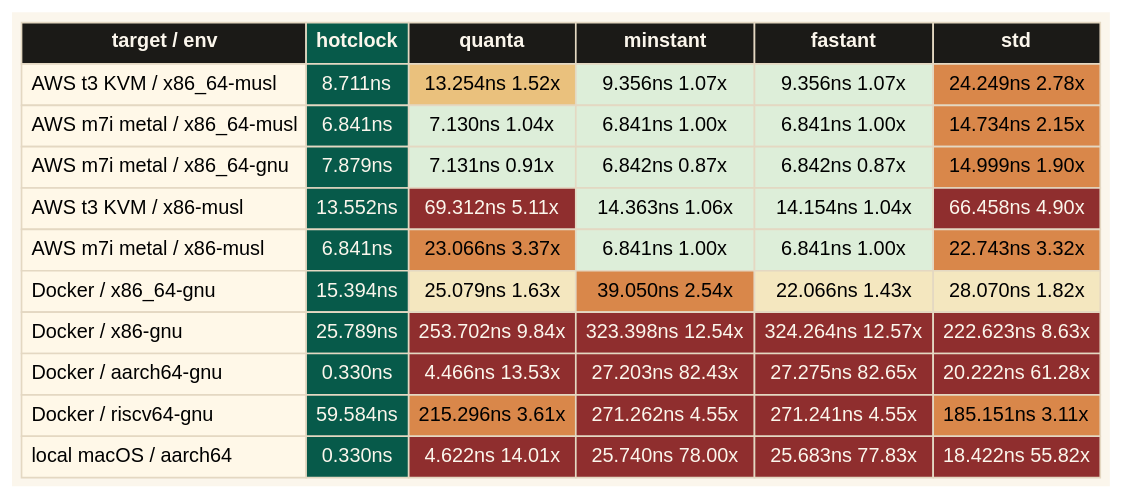
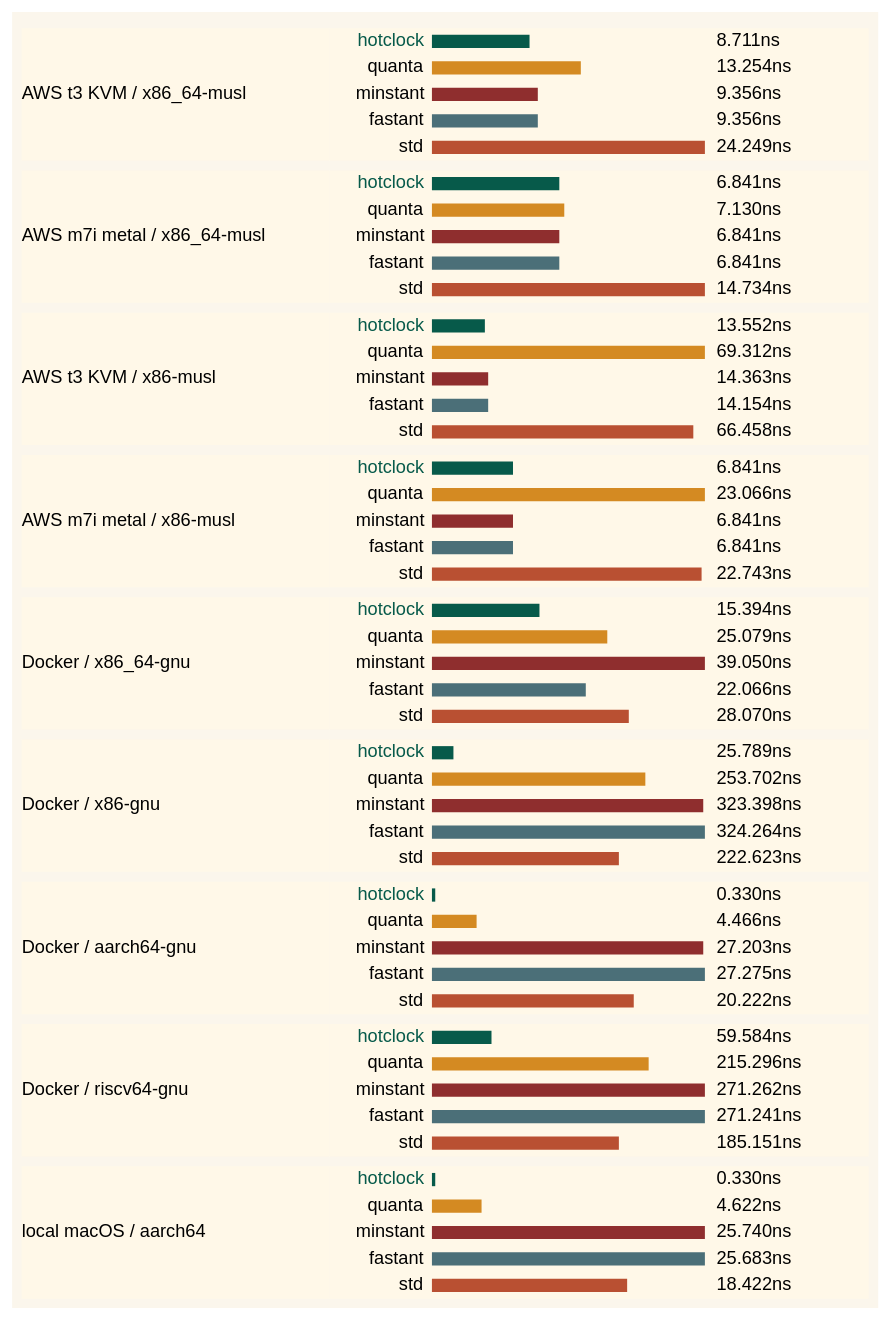
The diagram in benches/assets/benchmark.dot (spence/hotclock), drawn with Graphviz before and after one commit. The commit also changed 4 other files, not shown here.

Commit message:
docs(readme): make benchmark graphic a bar chart

```diff
--- a/benches/assets/benchmark.dot
+++ b/benches/assets/benchmark.dot
@@ -9,99 +9,148 @@
   node [
     shape=plain,
     fontname="Avenir Next, Helvetica, Arial, sans-serif",
-    fontsize=12
+    fontsize=11
   ];
 
   benchmark [
     label=<
-      <TABLE BORDER="0" CELLBORDER="1" CELLSPACING="0" CELLPADDING="5" COLOR="#E4D8C2">
+      <TABLE BORDER="0" CELLBORDER="0" CELLSPACING="0" CELLPADDING="0">
         <TR>
-          <TD BGCOLOR="#1B1A17"><FONT COLOR="#FBF6EC"><B>target / env</B></FONT></TD>
-          <TD BGCOLOR="#075A4A"><FONT COLOR="#FBF6EC"><B>hotclock</B></FONT></TD>
-          <TD BGCOLOR="#1B1A17"><FONT COLOR="#FBF6EC"><B>quanta</B></FONT></TD>
-          <TD BGCOLOR="#1B1A17"><FONT COLOR="#FBF6EC"><B>minstant</B></FONT></TD>
-          <TD BGCOLOR="#1B1A17"><FONT COLOR="#FBF6EC"><B>fastant</B></FONT></TD>
-          <TD BGCOLOR="#1B1A17"><FONT COLOR="#FBF6EC"><B>std</B></FONT></TD>
+          <TD ALIGN="LEFT" WIDTH="186"></TD>
+          <TD ALIGN="LEFT" WIDTH="326">
+            <TABLE BORDER="0" CELLBORDER="0" CELLSPACING="0" CELLPADDING="2">
+              <TR>
+                <TD WIDTH="56"></TD>
+                <TD WIDTH="170"></TD>
+                <TD WIDTH="92"></TD>
+              </TR>
+            </TABLE>
+          </TD>
         </TR>
+
         <TR>
-          <TD ALIGN="LEFT" BGCOLOR="#FFF8E8">AWS t3 KVM / x86_64-musl</TD>
-          <TD BGCOLOR="#075A4A"><FONT COLOR="#FBF6EC">8.711ns</FONT></TD>
-          <TD BGCOLOR="#EAC17D">13.254ns 1.52x</TD>
-          <TD BGCOLOR="#DDEED9">9.356ns 1.07x</TD>
-          <TD BGCOLOR="#DDEED9">9.356ns 1.07x</TD>
-          <TD BGCOLOR="#D9874A">24.249ns 2.78x</TD>
+          <TD ALIGN="LEFT" BGCOLOR="#FFF8E8" WIDTH="186">AWS t3 KVM / x86_64-musl</TD>
+          <TD ALIGN="LEFT" BGCOLOR="#FFF8E8" WIDTH="326">
+            <TABLE BORDER="0" CELLBORDER="0" CELLSPACING="0" CELLPADDING="2">
+              <TR><TD ALIGN="RIGHT" WIDTH="56"><FONT COLOR="#075A4A">hotclock</FONT></TD><TD ALIGN="LEFT" WIDTH="170"><TABLE BORDER="0" CELLBORDER="0" CELLSPACING="0"><TR><TD BGCOLOR="#075A4A" WIDTH="59" HEIGHT="8" FIXEDSIZE="TRUE"></TD><TD WIDTH="106" HEIGHT="8" FIXEDSIZE="TRUE"></TD></TR></TABLE></TD><TD ALIGN="LEFT" WIDTH="92">8.711ns</TD></TR>
+              <TR><TD ALIGN="RIGHT">quanta</TD><TD ALIGN="LEFT"><TABLE BORDER="0" CELLBORDER="0" CELLSPACING="0"><TR><TD BGCOLOR="#D48A22" WIDTH="90" HEIGHT="8" FIXEDSIZE="TRUE"></TD><TD WIDTH="75" HEIGHT="8" FIXEDSIZE="TRUE"></TD></TR></TABLE></TD><TD ALIGN="LEFT">13.254ns</TD></TR>
+              <TR><TD ALIGN="RIGHT">minstant</TD><TD ALIGN="LEFT"><TABLE BORDER="0" CELLBORDER="0" CELLSPACING="0"><TR><TD BGCOLOR="#8F2E2E" WIDTH="64" HEIGHT="8" FIXEDSIZE="TRUE"></TD><TD WIDTH="101" HEIGHT="8" FIXEDSIZE="TRUE"></TD></TR></TABLE></TD><TD ALIGN="LEFT">9.356ns</TD></TR>
+              <TR><TD ALIGN="RIGHT">fastant</TD><TD ALIGN="LEFT"><TABLE BORDER="0" CELLBORDER="0" CELLSPACING="0"><TR><TD BGCOLOR="#4B6F78" WIDTH="64" HEIGHT="8" FIXEDSIZE="TRUE"></TD><TD WIDTH="101" HEIGHT="8" FIXEDSIZE="TRUE"></TD></TR></TABLE></TD><TD ALIGN="LEFT">9.356ns</TD></TR>
+              <TR><TD ALIGN="RIGHT">std</TD><TD ALIGN="LEFT"><TABLE BORDER="0" CELLBORDER="0" CELLSPACING="0"><TR><TD BGCOLOR="#B95032" WIDTH="165" HEIGHT="8" FIXEDSIZE="TRUE"></TD><TD WIDTH="1" HEIGHT="8" FIXEDSIZE="TRUE"></TD></TR></TABLE></TD><TD ALIGN="LEFT">24.249ns</TD></TR>
+            </TABLE>
+          </TD>
         </TR>
+        <TR><TD HEIGHT="6"></TD><TD></TD></TR>
+
         <TR>
           <TD ALIGN="LEFT" BGCOLOR="#FFF8E8">AWS m7i metal / x86_64-musl</TD>
-          <TD BGCOLOR="#075A4A"><FONT COLOR="#FBF6EC">6.841ns</FONT></TD>
-          <TD BGCOLOR="#DDEED9">7.130ns 1.04x</TD>
-          <TD BGCOLOR="#DDEED9">6.841ns 1.00x</TD>
-          <TD BGCOLOR="#DDEED9">6.841ns 1.00x</TD>
-          <TD BGCOLOR="#D9874A">14.734ns 2.15x</TD>
+          <TD ALIGN="LEFT" BGCOLOR="#FFF8E8">
+            <TABLE BORDER="0" CELLBORDER="0" CELLSPACING="0" CELLPADDING="2">
+              <TR><TD ALIGN="RIGHT" WIDTH="56"><FONT COLOR="#075A4A">hotclock</FONT></TD><TD ALIGN="LEFT" WIDTH="170"><TABLE BORDER="0" CELLBORDER="0" CELLSPACING="0"><TR><TD BGCOLOR="#075A4A" WIDTH="77" HEIGHT="8" FIXEDSIZE="TRUE"></TD><TD WIDTH="88" HEIGHT="8" FIXEDSIZE="TRUE"></TD></TR></TABLE></TD><TD ALIGN="LEFT" WIDTH="92">6.841ns</TD></TR>
+              <TR><TD ALIGN="RIGHT">quanta</TD><TD ALIGN="LEFT"><TABLE BORDER="0" CELLBORDER="0" CELLSPACING="0"><TR><TD BGCOLOR="#D48A22" WIDTH="80" HEIGHT="8" FIXEDSIZE="TRUE"></TD><TD WIDTH="85" HEIGHT="8" FIXEDSIZE="TRUE"></TD></TR></TABLE></TD><TD ALIGN="LEFT">7.130ns</TD></TR>
+              <TR><TD ALIGN="RIGHT">minstant</TD><TD ALIGN="LEFT"><TABLE BORDER="0" CELLBORDER="0" CELLSPACING="0"><TR><TD BGCOLOR="#8F2E2E" WIDTH="77" HEIGHT="8" FIXEDSIZE="TRUE"></TD><TD WIDTH="88" HEIGHT="8" FIXEDSIZE="TRUE"></TD></TR></TABLE></TD><TD ALIGN="LEFT">6.841ns</TD></TR>
+              <TR><TD ALIGN="RIGHT">fastant</TD><TD ALIGN="LEFT"><TABLE BORDER="0" CELLBORDER="0" CELLSPACING="0"><TR><TD BGCOLOR="#4B6F78" WIDTH="77" HEIGHT="8" FIXEDSIZE="TRUE"></TD><TD WIDTH="88" HEIGHT="8" FIXEDSIZE="TRUE"></TD></TR></TABLE></TD><TD ALIGN="LEFT">6.841ns</TD></TR>
+              <TR><TD ALIGN="RIGHT">std</TD><TD ALIGN="LEFT"><TABLE BORDER="0" CELLBORDER="0" CELLSPACING="0"><TR><TD BGCOLOR="#B95032" WIDTH="165" HEIGHT="8" FIXEDSIZE="TRUE"></TD><TD WIDTH="1" HEIGHT="8" FIXEDSIZE="TRUE"></TD></TR></TABLE></TD><TD ALIGN="LEFT">14.734ns</TD></TR>
+            </TABLE>
+          </TD>
         </TR>
-        <TR>
-          <TD ALIGN="LEFT" BGCOLOR="#FFF8E8">AWS m7i metal / x86_64-gnu</TD>
-          <TD BGCOLOR="#075A4A"><FONT COLOR="#FBF6EC">7.879ns</FONT></TD>
-          <TD BGCOLOR="#DDEED9">7.131ns 0.91x</TD>
-          <TD BGCOLOR="#DDEED9">6.842ns 0.87x</TD>
-          <TD BGCOLOR="#DDEED9">6.842ns 0.87x</TD>
-          <TD BGCOLOR="#D9874A">14.999ns 1.90x</TD>
-        </TR>
+        <TR><TD HEIGHT="6"></TD><TD></TD></TR>
+
         <TR>
           <TD ALIGN="LEFT" BGCOLOR="#FFF8E8">AWS t3 KVM / x86-musl</TD>
-          <TD BGCOLOR="#075A4A"><FONT COLOR="#FBF6EC">13.552ns</FONT></TD>
-          <TD BGCOLOR="#8F2E2E"><FONT COLOR="#FBF6EC">69.312ns 5.11x</FONT></TD>
-          <TD BGCOLOR="#DDEED9">14.363ns 1.06x</TD>
-          <TD BGCOLOR="#DDEED9">14.154ns 1.04x</TD>
-          <TD BGCOLOR="#8F2E2E"><FONT COLOR="#FBF6EC">66.458ns 4.90x</FONT></TD>
+          <TD ALIGN="LEFT" BGCOLOR="#FFF8E8">
+            <TABLE BORDER="0" CELLBORDER="0" CELLSPACING="0" CELLPADDING="2">
+              <TR><TD ALIGN="RIGHT" WIDTH="56"><FONT COLOR="#075A4A">hotclock</FONT></TD><TD ALIGN="LEFT" WIDTH="170"><TABLE BORDER="0" CELLBORDER="0" CELLSPACING="0"><TR><TD BGCOLOR="#075A4A" WIDTH="32" HEIGHT="8" FIXEDSIZE="TRUE"></TD><TD WIDTH="133" HEIGHT="8" FIXEDSIZE="TRUE"></TD></TR></TABLE></TD><TD ALIGN="LEFT" WIDTH="92">13.552ns</TD></TR>
+              <TR><TD ALIGN="RIGHT">quanta</TD><TD ALIGN="LEFT"><TABLE BORDER="0" CELLBORDER="0" CELLSPACING="0"><TR><TD BGCOLOR="#D48A22" WIDTH="165" HEIGHT="8" FIXEDSIZE="TRUE"></TD><TD WIDTH="1" HEIGHT="8" FIXEDSIZE="TRUE"></TD></TR></TABLE></TD><TD ALIGN="LEFT">69.312ns</TD></TR>
+              <TR><TD ALIGN="RIGHT">minstant</TD><TD ALIGN="LEFT"><TABLE BORDER="0" CELLBORDER="0" CELLSPACING="0"><TR><TD BGCOLOR="#8F2E2E" WIDTH="34" HEIGHT="8" FIXEDSIZE="TRUE"></TD><TD WIDTH="131" HEIGHT="8" FIXEDSIZE="TRUE"></TD></TR></TABLE></TD><TD ALIGN="LEFT">14.363ns</TD></TR>
+              <TR><TD ALIGN="RIGHT">fastant</TD><TD ALIGN="LEFT"><TABLE BORDER="0" CELLBORDER="0" CELLSPACING="0"><TR><TD BGCOLOR="#4B6F78" WIDTH="34" HEIGHT="8" FIXEDSIZE="TRUE"></TD><TD WIDTH="131" HEIGHT="8" FIXEDSIZE="TRUE"></TD></TR></TABLE></TD><TD ALIGN="LEFT">14.154ns</TD></TR>
+              <TR><TD ALIGN="RIGHT">std</TD><TD ALIGN="LEFT"><TABLE BORDER="0" CELLBORDER="0" CELLSPACING="0"><TR><TD BGCOLOR="#B95032" WIDTH="158" HEIGHT="8" FIXEDSIZE="TRUE"></TD><TD WIDTH="7" HEIGHT="8" FIXEDSIZE="TRUE"></TD></TR></TABLE></TD><TD ALIGN="LEFT">66.458ns</TD></TR>
+            </TABLE>
+          </TD>
         </TR>
+        <TR><TD HEIGHT="6"></TD><TD></TD></TR>
+
         <TR>
           <TD ALIGN="LEFT" BGCOLOR="#FFF8E8">AWS m7i metal / x86-musl</TD>
-          <TD BGCOLOR="#075A4A"><FONT COLOR="#FBF6EC">6.841ns</FONT></TD>
-          <TD BGCOLOR="#D9874A">23.066ns 3.37x</TD>
-          <TD BGCOLOR="#DDEED9">6.841ns 1.00x</TD>
-          <TD BGCOLOR="#DDEED9">6.841ns 1.00x</TD>
-          <TD BGCOLOR="#D9874A">22.743ns 3.32x</TD>
+          <TD ALIGN="LEFT" BGCOLOR="#FFF8E8">
+            <TABLE BORDER="0" CELLBORDER="0" CELLSPACING="0" CELLPADDING="2">
+              <TR><TD ALIGN="RIGHT" WIDTH="56"><FONT COLOR="#075A4A">hotclock</FONT></TD><TD ALIGN="LEFT" WIDTH="170"><TABLE BORDER="0" CELLBORDER="0" CELLSPACING="0"><TR><TD BGCOLOR="#075A4A" WIDTH="49" HEIGHT="8" FIXEDSIZE="TRUE"></TD><TD WIDTH="116" HEIGHT="8" FIXEDSIZE="TRUE"></TD></TR></TABLE></TD><TD ALIGN="LEFT" WIDTH="92">6.841ns</TD></TR>
+              <TR><TD ALIGN="RIGHT">quanta</TD><TD ALIGN="LEFT"><TABLE BORDER="0" CELLBORDER="0" CELLSPACING="0"><TR><TD BGCOLOR="#D48A22" WIDTH="165" HEIGHT="8" FIXEDSIZE="TRUE"></TD><TD WIDTH="1" HEIGHT="8" FIXEDSIZE="TRUE"></TD></TR></TABLE></TD><TD ALIGN="LEFT">23.066ns</TD></TR>
+              <TR><TD ALIGN="RIGHT">minstant</TD><TD ALIGN="LEFT"><TABLE BORDER="0" CELLBORDER="0" CELLSPACING="0"><TR><TD BGCOLOR="#8F2E2E" WIDTH="49" HEIGHT="8" FIXEDSIZE="TRUE"></TD><TD WIDTH="116" HEIGHT="8" FIXEDSIZE="TRUE"></TD></TR></TABLE></TD><TD ALIGN="LEFT">6.841ns</TD></TR>
+              <TR><TD ALIGN="RIGHT">fastant</TD><TD ALIGN="LEFT"><TABLE BORDER="0" CELLBORDER="0" CELLSPACING="0"><TR><TD BGCOLOR="#4B6F78" WIDTH="49" HEIGHT="8" FIXEDSIZE="TRUE"></TD><TD WIDTH="116" HEIGHT="8" FIXEDSIZE="TRUE"></TD></TR></TABLE></TD><TD ALIGN="LEFT">6.841ns</TD></TR>
+              <TR><TD ALIGN="RIGHT">std</TD><TD ALIGN="LEFT"><TABLE BORDER="0" CELLBORDER="0" CELLSPACING="0"><TR><TD BGCOLOR="#B95032" WIDTH="163" HEIGHT="8" FIXEDSIZE="TRUE"></TD><TD WIDTH="2" HEIGHT="8" FIXEDSIZE="TRUE"></TD></TR></TABLE></TD><TD ALIGN="LEFT">22.743ns</TD></TR>
+            </TABLE>
+          </TD>
         </TR>
+        <TR><TD HEIGHT="6"></TD><TD></TD></TR>
+
         <TR>
           <TD ALIGN="LEFT" BGCOLOR="#FFF8E8">Docker / x86_64-gnu</TD>
-          <TD BGCOLOR="#075A4A"><FONT COLOR="#FBF6EC">15.394ns</FONT></TD>
-          <TD BGCOLOR="#F4E7BF">25.079ns 1.63x</TD>
-          <TD BGCOLOR="#D9874A">39.050ns 2.54x</TD>
-          <TD BGCOLOR="#F4E7BF">22.066ns 1.43x</TD>
-          <TD BGCOLOR="#F4E7BF">28.070ns 1.82x</TD>
+          <TD ALIGN="LEFT" BGCOLOR="#FFF8E8">
+            <TABLE BORDER="0" CELLBORDER="0" CELLSPACING="0" CELLPADDING="2">
+              <TR><TD ALIGN="RIGHT" WIDTH="56"><FONT COLOR="#075A4A">hotclock</FONT></TD><TD ALIGN="LEFT" WIDTH="170"><TABLE BORDER="0" CELLBORDER="0" CELLSPACING="0"><TR><TD BGCOLOR="#075A4A" WIDTH="65" HEIGHT="8" FIXEDSIZE="TRUE"></TD><TD WIDTH="100" HEIGHT="8" FIXEDSIZE="TRUE"></TD></TR></TABLE></TD><TD ALIGN="LEFT" WIDTH="92">15.394ns</TD></TR>
+              <TR><TD ALIGN="RIGHT">quanta</TD><TD ALIGN="LEFT"><TABLE BORDER="0" CELLBORDER="0" CELLSPACING="0"><TR><TD BGCOLOR="#D48A22" WIDTH="106" HEIGHT="8" FIXEDSIZE="TRUE"></TD><TD WIDTH="59" HEIGHT="8" FIXEDSIZE="TRUE"></TD></TR></TABLE></TD><TD ALIGN="LEFT">25.079ns</TD></TR>
+              <TR><TD ALIGN="RIGHT">minstant</TD><TD ALIGN="LEFT"><TABLE BORDER="0" CELLBORDER="0" CELLSPACING="0"><TR><TD BGCOLOR="#8F2E2E" WIDTH="165" HEIGHT="8" FIXEDSIZE="TRUE"></TD><TD WIDTH="1" HEIGHT="8" FIXEDSIZE="TRUE"></TD></TR></TABLE></TD><TD ALIGN="LEFT">39.050ns</TD></TR>
+              <TR><TD ALIGN="RIGHT">fastant</TD><TD ALIGN="LEFT"><TABLE BORDER="0" CELLBORDER="0" CELLSPACING="0"><TR><TD BGCOLOR="#4B6F78" WIDTH="93" HEIGHT="8" FIXEDSIZE="TRUE"></TD><TD WIDTH="72" HEIGHT="8" FIXEDSIZE="TRUE"></TD></TR></TABLE></TD><TD ALIGN="LEFT">22.066ns</TD></TR>
+              <TR><TD ALIGN="RIGHT">std</TD><TD ALIGN="LEFT"><TABLE BORDER="0" CELLBORDER="0" CELLSPACING="0"><TR><TD BGCOLOR="#B95032" WIDTH="119" HEIGHT="8" FIXEDSIZE="TRUE"></TD><TD WIDTH="46" HEIGHT="8" FIXEDSIZE="TRUE"></TD></TR></TABLE></TD><TD ALIGN="LEFT">28.070ns</TD></TR>
+            </TABLE>
+          </TD>
         </TR>
+        <TR><TD HEIGHT="6"></TD><TD></TD></TR>
+
         <TR>
           <TD ALIGN="LEFT" BGCOLOR="#FFF8E8">Docker / x86-gnu</TD>
-          <TD BGCOLOR="#075A4A"><FONT COLOR="#FBF6EC">25.789ns</FONT></TD>
-          <TD BGCOLOR="#8F2E2E"><FONT COLOR="#FBF6EC">253.702ns 9.84x</FONT></TD>
-          <TD BGCOLOR="#8F2E2E"><FONT COLOR="#FBF6EC">323.398ns 12.54x</FONT></TD>
-          <TD BGCOLOR="#8F2E2E"><FONT COLOR="#FBF6EC">324.264ns 12.57x</FONT></TD>
-          <TD BGCOLOR="#8F2E2E"><FONT COLOR="#FBF6EC">222.623ns 8.63x</FONT></TD>
+          <TD ALIGN="LEFT" BGCOLOR="#FFF8E8">
+            <TABLE BORDER="0" CELLBORDER="0" CELLSPACING="0" CELLPADDING="2">
+              <TR><TD ALIGN="RIGHT" WIDTH="56"><FONT COLOR="#075A4A">hotclock</FONT></TD><TD ALIGN="LEFT" WIDTH="170"><TABLE BORDER="0" CELLBORDER="0" CELLSPACING="0"><TR><TD BGCOLOR="#075A4A" WIDTH="13" HEIGHT="8" FIXEDSIZE="TRUE"></TD><TD WIDTH="152" HEIGHT="8" FIXEDSIZE="TRUE"></TD></TR></TABLE></TD><TD ALIGN="LEFT" WIDTH="92">25.789ns</TD></TR>
+              <TR><TD ALIGN="RIGHT">quanta</TD><TD ALIGN="LEFT"><TABLE BORDER="0" CELLBORDER="0" CELLSPACING="0"><TR><TD BGCOLOR="#D48A22" WIDTH="129" HEIGHT="8" FIXEDSIZE="TRUE"></TD><TD WIDTH="36" HEIGHT="8" FIXEDSIZE="TRUE"></TD></TR></TABLE></TD><TD ALIGN="LEFT">253.702ns</TD></TR>
+              <TR><TD ALIGN="RIGHT">minstant</TD><TD ALIGN="LEFT"><TABLE BORDER="0" CELLBORDER="0" CELLSPACING="0"><TR><TD BGCOLOR="#8F2E2E" WIDTH="164" HEIGHT="8" FIXEDSIZE="TRUE"></TD><TD WIDTH="1" HEIGHT="8" FIXEDSIZE="TRUE"></TD></TR></TABLE></TD><TD ALIGN="LEFT">323.398ns</TD></TR>
+              <TR><TD ALIGN="RIGHT">fastant</TD><TD ALIGN="LEFT"><TABLE BORDER="0" CELLBORDER="0" CELLSPACING="0"><TR><TD BGCOLOR="#4B6F78" WIDTH="165" HEIGHT="8" FIXEDSIZE="TRUE"></TD><TD WIDTH="1" HEIGHT="8" FIXEDSIZE="TRUE"></TD></TR></TABLE></TD><TD ALIGN="LEFT">324.264ns</TD></TR>
+              <TR><TD ALIGN="RIGHT">std</TD><TD ALIGN="LEFT"><TABLE BORDER="0" CELLBORDER="0" CELLSPACING="0"><TR><TD BGCOLOR="#B95032" WIDTH="113" HEIGHT="8" FIXEDSIZE="TRUE"></TD><TD WIDTH="52" HEIGHT="8" FIXEDSIZE="TRUE"></TD></TR></TABLE></TD><TD ALIGN="LEFT">222.623ns</TD></TR>
+            </TABLE>
+          </TD>
         </TR>
+        <TR><TD HEIGHT="6"></TD><TD></TD></TR>
+
         <TR>
           <TD ALIGN="LEFT" BGCOLOR="#FFF8E8">Docker / aarch64-gnu</TD>
-          <TD BGCOLOR="#075A4A"><FONT COLOR="#FBF6EC">0.330ns</FONT></TD>
-          <TD BGCOLOR="#8F2E2E"><FONT COLOR="#FBF6EC">4.466ns 13.53x</FONT></TD>
-          <TD BGCOLOR="#8F2E2E"><FONT COLOR="#FBF6EC">27.203ns 82.43x</FONT></TD>
-          <TD BGCOLOR="#8F2E2E"><FONT COLOR="#FBF6EC">27.275ns 82.65x</FONT></TD>
-          <TD BGCOLOR="#8F2E2E"><FONT COLOR="#FBF6EC">20.222ns 61.28x</FONT></TD>
+          <TD ALIGN="LEFT" BGCOLOR="#FFF8E8">
+            <TABLE BORDER="0" CELLBORDER="0" CELLSPACING="0" CELLPADDING="2">
+              <TR><TD ALIGN="RIGHT" WIDTH="56"><FONT COLOR="#075A4A">hotclock</FONT></TD><TD ALIGN="LEFT" WIDTH="170"><TABLE BORDER="0" CELLBORDER="0" CELLSPACING="0"><TR><TD BGCOLOR="#075A4A" WIDTH="2" HEIGHT="8" FIXEDSIZE="TRUE"></TD><TD WIDTH="163" HEIGHT="8" FIXEDSIZE="TRUE"></TD></TR></TABLE></TD><TD ALIGN="LEFT" WIDTH="92">0.330ns</TD></TR>
+              <TR><TD ALIGN="RIGHT">quanta</TD><TD ALIGN="LEFT"><TABLE BORDER="0" CELLBORDER="0" CELLSPACING="0"><TR><TD BGCOLOR="#D48A22" WIDTH="27" HEIGHT="8" FIXEDSIZE="TRUE"></TD><TD WIDTH="138" HEIGHT="8" FIXEDSIZE="TRUE"></TD></TR></TABLE></TD><TD ALIGN="LEFT">4.466ns</TD></TR>
+              <TR><TD ALIGN="RIGHT">minstant</TD><TD ALIGN="LEFT"><TABLE BORDER="0" CELLBORDER="0" CELLSPACING="0"><TR><TD BGCOLOR="#8F2E2E" WIDTH="164" HEIGHT="8" FIXEDSIZE="TRUE"></TD><TD WIDTH="1" HEIGHT="8" FIXEDSIZE="TRUE"></TD></TR></TABLE></TD><TD ALIGN="LEFT">27.203ns</TD></TR>
+              <TR><TD ALIGN="RIGHT">fastant</TD><TD ALIGN="LEFT"><TABLE BORDER="0" CELLBORDER="0" CELLSPACING="0"><TR><TD BGCOLOR="#4B6F78" WIDTH="165" HEIGHT="8" FIXEDSIZE="TRUE"></TD><TD WIDTH="1" HEIGHT="8" FIXEDSIZE="TRUE"></TD></TR></TABLE></TD><TD ALIGN="LEFT">27.275ns</TD></TR>
+              <TR><TD ALIGN="RIGHT">std</TD><TD ALIGN="LEFT"><TABLE BORDER="0" CELLBORDER="0" CELLSPACING="0"><TR><TD BGCOLOR="#B95032" WIDTH="122" HEIGHT="8" FIXEDSIZE="TRUE"></TD><TD WIDTH="43" HEIGHT="8" FIXEDSIZE="TRUE"></TD></TR></TABLE></TD><TD ALIGN="LEFT">20.222ns</TD></TR>
+            </TABLE>
+          </TD>
         </TR>
+        <TR><TD HEIGHT="6"></TD><TD></TD></TR>
+
         <TR>
           <TD ALIGN="LEFT" BGCOLOR="#FFF8E8">Docker / riscv64-gnu</TD>
-          <TD BGCOLOR="#075A4A"><FONT COLOR="#FBF6EC">59.584ns</FONT></TD>
-          <TD BGCOLOR="#D9874A">215.296ns 3.61x</TD>
-          <TD BGCOLOR="#8F2E2E"><FONT COLOR="#FBF6EC">271.262ns 4.55x</FONT></TD>
-          <TD BGCOLOR="#8F2E2E"><FONT COLOR="#FBF6EC">271.241ns 4.55x</FONT></TD>
-          <TD BGCOLOR="#D9874A">185.151ns 3.11x</TD>
+          <TD ALIGN="LEFT" BGCOLOR="#FFF8E8">
+            <TABLE BORDER="0" CELLBORDER="0" CELLSPACING="0" CELLPADDING="2">
+              <TR><TD ALIGN="RIGHT" WIDTH="56"><FONT COLOR="#075A4A">hotclock</FONT></TD><TD ALIGN="LEFT" WIDTH="170"><TABLE BORDER="0" CELLBORDER="0" CELLSPACING="0"><TR><TD BGCOLOR="#075A4A" WIDTH="36" HEIGHT="8" FIXEDSIZE="TRUE"></TD><TD WIDTH="129" HEIGHT="8" FIXEDSIZE="TRUE"></TD></TR></TABLE></TD><TD ALIGN="LEFT" WIDTH="92">59.584ns</TD></TR>
+              <TR><TD ALIGN="RIGHT">quanta</TD><TD ALIGN="LEFT"><TABLE BORDER="0" CELLBORDER="0" CELLSPACING="0"><TR><TD BGCOLOR="#D48A22" WIDTH="131" HEIGHT="8" FIXEDSIZE="TRUE"></TD><TD WIDTH="34" HEIGHT="8" FIXEDSIZE="TRUE"></TD></TR></TABLE></TD><TD ALIGN="LEFT">215.296ns</TD></TR>
+              <TR><TD ALIGN="RIGHT">minstant</TD><TD ALIGN="LEFT"><TABLE BORDER="0" CELLBORDER="0" CELLSPACING="0"><TR><TD BGCOLOR="#8F2E2E" WIDTH="165" HEIGHT="8" FIXEDSIZE="TRUE"></TD><TD WIDTH="1" HEIGHT="8" FIXEDSIZE="TRUE"></TD></TR></TABLE></TD><TD ALIGN="LEFT">271.262ns</TD></TR>
+              <TR><TD ALIGN="RIGHT">fastant</TD><TD ALIGN="LEFT"><TABLE BORDER="0" CELLBORDER="0" CELLSPACING="0"><TR><TD BGCOLOR="#4B6F78" WIDTH="165" HEIGHT="8" FIXEDSIZE="TRUE"></TD><TD WIDTH="1" HEIGHT="8" FIXEDSIZE="TRUE"></TD></TR></TABLE></TD><TD ALIGN="LEFT">271.241ns</TD></TR>
+              <TR><TD ALIGN="RIGHT">std</TD><TD ALIGN="LEFT"><TABLE BORDER="0" CELLBORDER="0" CELLSPACING="0"><TR><TD BGCOLOR="#B95032" WIDTH="113" HEIGHT="8" FIXEDSIZE="TRUE"></TD><TD WIDTH="52" HEIGHT="8" FIXEDSIZE="TRUE"></TD></TR></TABLE></TD><TD ALIGN="LEFT">185.151ns</TD></TR>
+            </TABLE>
+          </TD>
         </TR>
+        <TR><TD HEIGHT="6"></TD><TD></TD></TR>
+
         <TR>
           <TD ALIGN="LEFT" BGCOLOR="#FFF8E8">local macOS / aarch64</TD>
-          <TD BGCOLOR="#075A4A"><FONT COLOR="#FBF6EC">0.330ns</FONT></TD>
-          <TD BGCOLOR="#8F2E2E"><FONT COLOR="#FBF6EC">4.622ns 14.01x</FONT></TD>
-          <TD BGCOLOR="#8F2E2E"><FONT COLOR="#FBF6EC">25.740ns 78.00x</FONT></TD>
-          <TD BGCOLOR="#8F2E2E"><FONT COLOR="#FBF6EC">25.683ns 77.83x</FONT></TD>
-          <TD BGCOLOR="#8F2E2E"><FONT COLOR="#FBF6EC">18.422ns 55.82x</FONT></TD>
+          <TD ALIGN="LEFT" BGCOLOR="#FFF8E8">
+            <TABLE BORDER="0" CELLBORDER="0" CELLSPACING="0" CELLPADDING="2">
+              <TR><TD ALIGN="RIGHT" WIDTH="56"><FONT COLOR="#075A4A">hotclock</FONT></TD><TD ALIGN="LEFT" WIDTH="170"><TABLE BORDER="0" CELLBORDER="0" CELLSPACING="0"><TR><TD BGCOLOR="#075A4A" WIDTH="2" HEIGHT="8" FIXEDSIZE="TRUE"></TD><TD WIDTH="163" HEIGHT="8" FIXEDSIZE="TRUE"></TD></TR></TABLE></TD><TD ALIGN="LEFT" WIDTH="92">0.330ns</TD></TR>
+              <TR><TD ALIGN="RIGHT">quanta</TD><TD ALIGN="LEFT"><TABLE BORDER="0" CELLBORDER="0" CELLSPACING="0"><TR><TD BGCOLOR="#D48A22" WIDTH="30" HEIGHT="8" FIXEDSIZE="TRUE"></TD><TD WIDTH="135" HEIGHT="8" FIXEDSIZE="TRUE"></TD></TR></TABLE></TD><TD ALIGN="LEFT">4.622ns</TD></TR>
+              <TR><TD ALIGN="RIGHT">minstant</TD><TD ALIGN="LEFT"><TABLE BORDER="0" CELLBORDER="0" CELLSPACING="0"><TR><TD BGCOLOR="#8F2E2E" WIDTH="165" HEIGHT="8" FIXEDSIZE="TRUE"></TD><TD WIDTH="1" HEIGHT="8" FIXEDSIZE="TRUE"></TD></TR></TABLE></TD><TD ALIGN="LEFT">25.740ns</TD></TR>
+              <TR><TD ALIGN="RIGHT">fastant</TD><TD ALIGN="LEFT"><TABLE BORDER="0" CELLBORDER="0" CELLSPACING="0"><TR><TD BGCOLOR="#4B6F78" WIDTH="165" HEIGHT="8" FIXEDSIZE="TRUE"></TD><TD WIDTH="1" HEIGHT="8" FIXEDSIZE="TRUE"></TD></TR></TABLE></TD><TD ALIGN="LEFT">25.683ns</TD></TR>
+              <TR><TD ALIGN="RIGHT">std</TD><TD ALIGN="LEFT"><TABLE BORDER="0" CELLBORDER="0" CELLSPACING="0"><TR><TD BGCOLOR="#B95032" WIDTH="118" HEIGHT="8" FIXEDSIZE="TRUE"></TD><TD WIDTH="47" HEIGHT="8" FIXEDSIZE="TRUE"></TD></TR></TABLE></TD><TD ALIGN="LEFT">18.422ns</TD></TR>
+            </TABLE>
+          </TD>
         </TR>
       </TABLE>
     >
```
